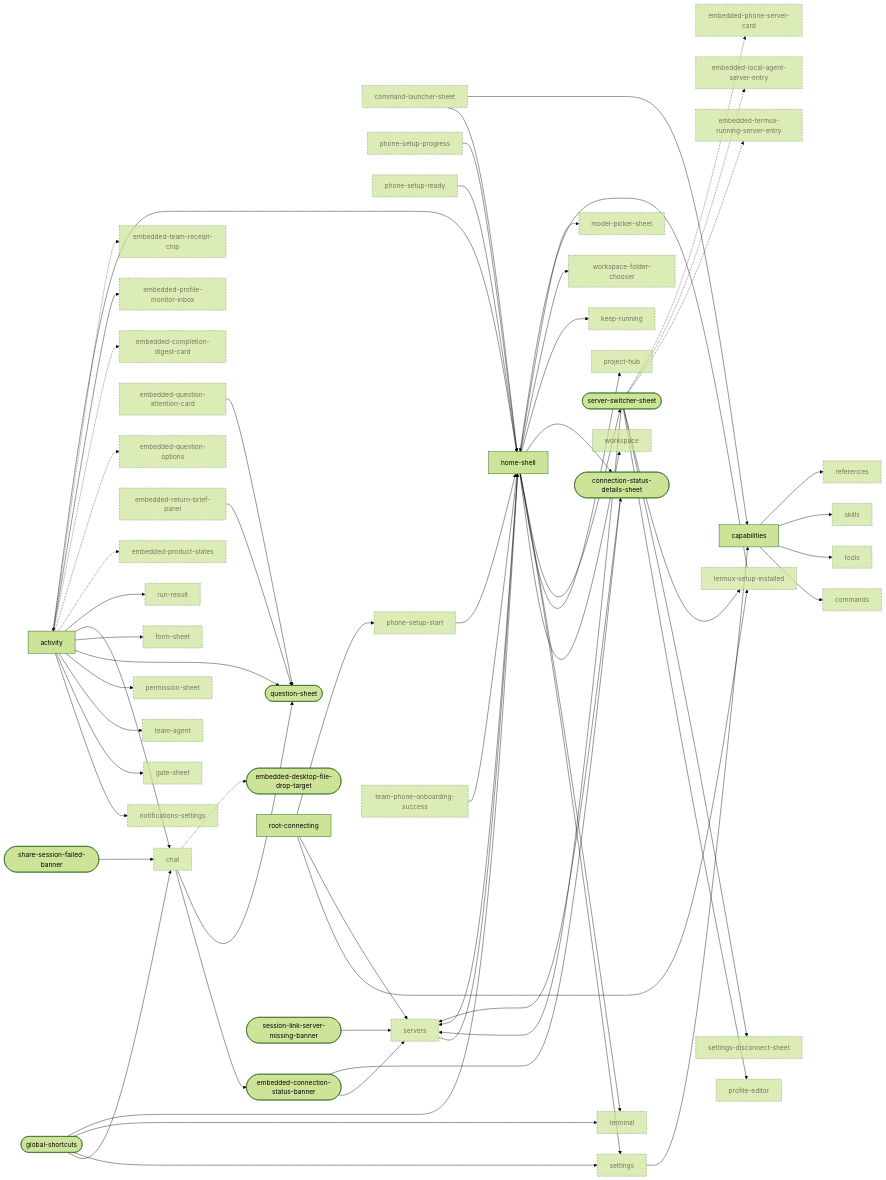
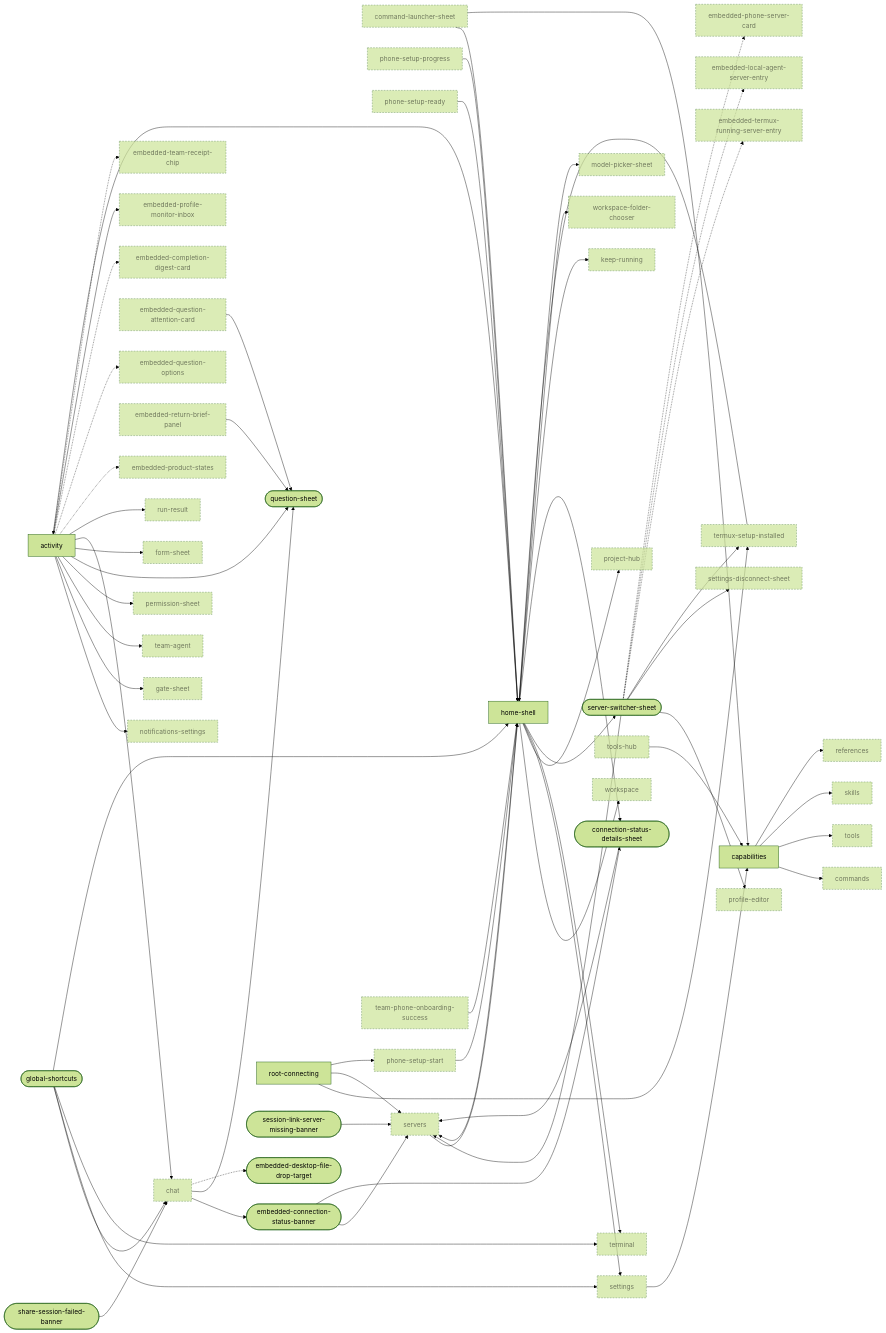
One commit to Breskott/opencode-mobile-next changed the first of 10 diagrams in docs/design/ui-ledger/navigation.md. Above: the diagram before and after it, drawn with Mermaid (forest theme). The commit also changed other lines of this file and 91 other files, not shown here.

```diff
--- a/docs/design/ui-ledger/navigation.md
+++ b/docs/design/ui-ledger/navigation.md
@@ -67,6 +67,7 @@
   terminal["terminal"]:::ext
   termux_setup_installed["termux-setup-installed"]:::ext
   tools["tools"]:::ext
+  tools_hub["tools-hub"]:::ext
   workspace["workspace"]:::ext
   workspace_folder_chooser["workspace-folder-chooser"]:::ext
   root_connecting --> termux_setup_installed
@@ -117,11 +118,12 @@
   phone_setup_progress --> home_shell
   phone_setup_ready --> home_shell
   team_phone_onboarding_success --> home_shell
-  settings --> capabilities
+  tools_hub --> capabilities
   home_shell --> workspace_folder_chooser
   embedded_return_brief_panel --> question_sheet
   chat -.-> embedded_desktop_file_drop_target
   activity -.-> embedded_product_states
+  settings --> capabilities
   activity -.-> embedded_question_options
   activity -.-> embedded_completion_digest_card
   activity --> embedded_profile_monitor_inbox
```
